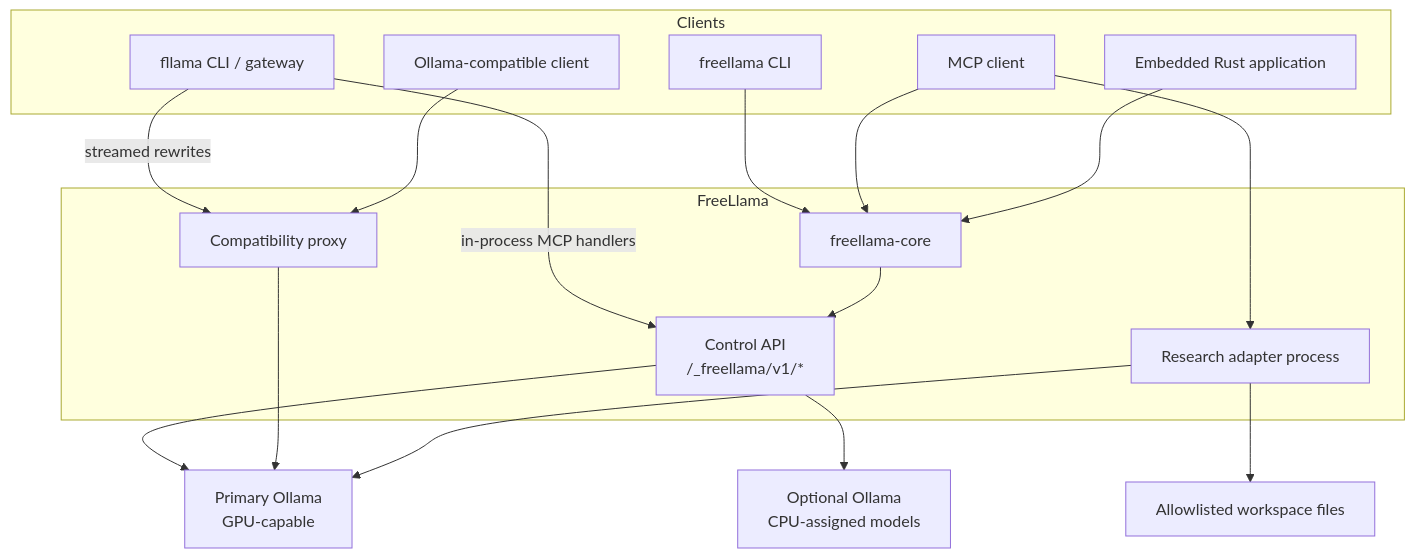
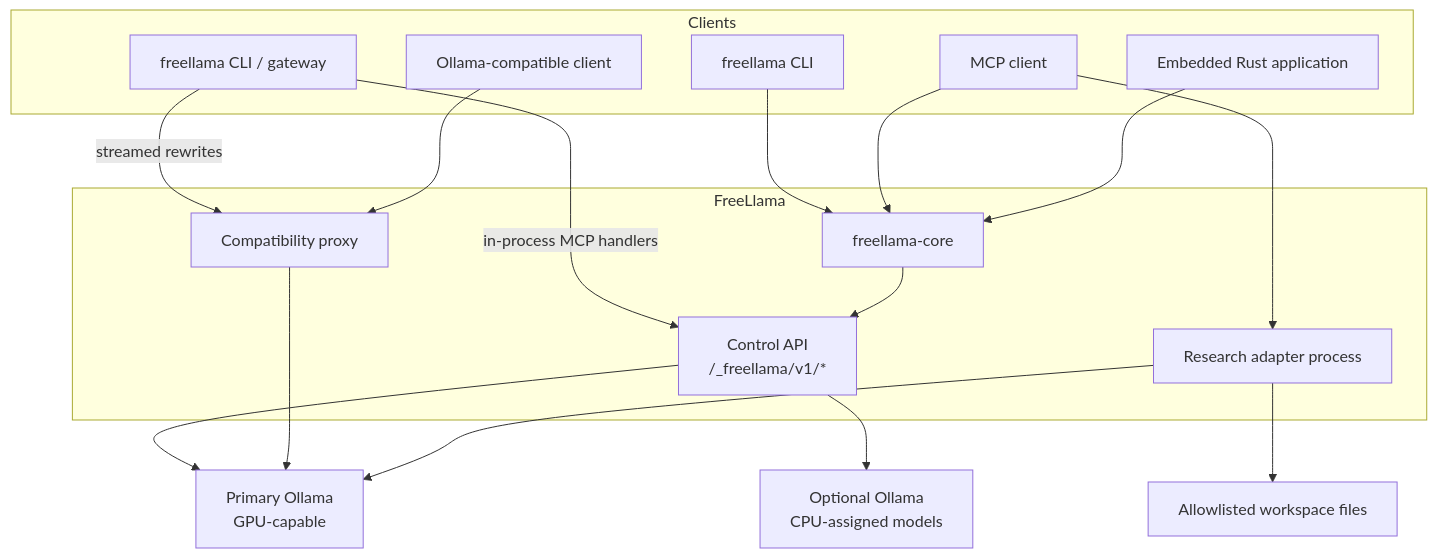
Before and after one commit to bgauryy/FreeLlama: the second of 9 diagrams in docs/ARCHITECTURE.md, drawn with Mermaid. The commit also changed other lines of this file and 72 other files, not shown here.

````diff
--- a/docs/ARCHITECTURE.md
+++ b/docs/ARCHITECTURE.md
@@ -70,35 +70,35 @@
 ```mermaid
 flowchart TB
     subgraph clients["Clients"]
         CLI["freellama CLI"]
         MCP["MCP client"]
-        FLL["fllama CLI / gateway"]
+        FLL["freellama CLI / gateway"]
         RUST["Embedded Rust application"]
         RAW["Ollama-compatible client"]
     end
 
     subgraph freellama["FreeLlama"]
         CORE["freellama-core"]
         API["Control API<br/>/_freellama/v1/*"]
         PX["Compatibility proxy"]
         ADAPTER["Research adapter process"]
     end
 
     GPU["Primary Ollama<br/>GPU-capable"]
     CPU["Optional Ollama<br/>CPU-assigned models"]
     FILES["Allowlisted workspace files"]
 
     CLI --> CORE
     MCP --> CORE
     FLL -->|"in-process MCP handlers"| API
     FLL -->|"streamed rewrites"| PX
     RUST --> CORE
     CORE --> API
     RAW --> PX
     API --> GPU
     API --> CPU
     PX --> GPU
     MCP --> ADAPTER
     ADAPTER --> FILES
     ADAPTER --> GPU
 ```
````
